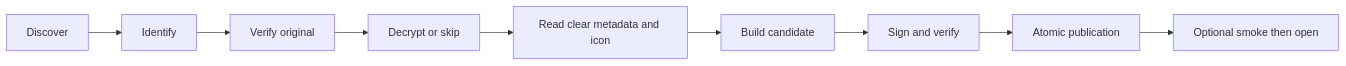
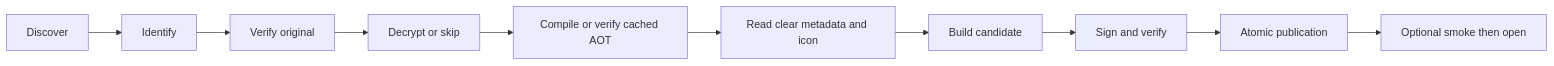
One commit to C4risrocks/ctr-native changed the diagram in docs/development.md. Above: the diagram before and after it, drawn with Mermaid. The commit also changed other lines of this file and 17 other files, not shown here.

````diff
--- a/docs/development.md
+++ b/docs/development.md
@@ -50,10 +49,11 @@
 ```mermaid
 flowchart LR
   A[Discover] --> B[Identify] --> C[Verify original]
   C --> D[Decrypt or skip]
-  D --> E[Read clear metadata and icon]
+  D --> J[Compile or verify cached AOT]
+  J --> E[Read clear metadata and icon]
   E --> F[Build candidate]
   F --> G[Sign and verify]
   G --> H[Atomic publication]
   H --> I[Optional smoke then open]
 ```
````
